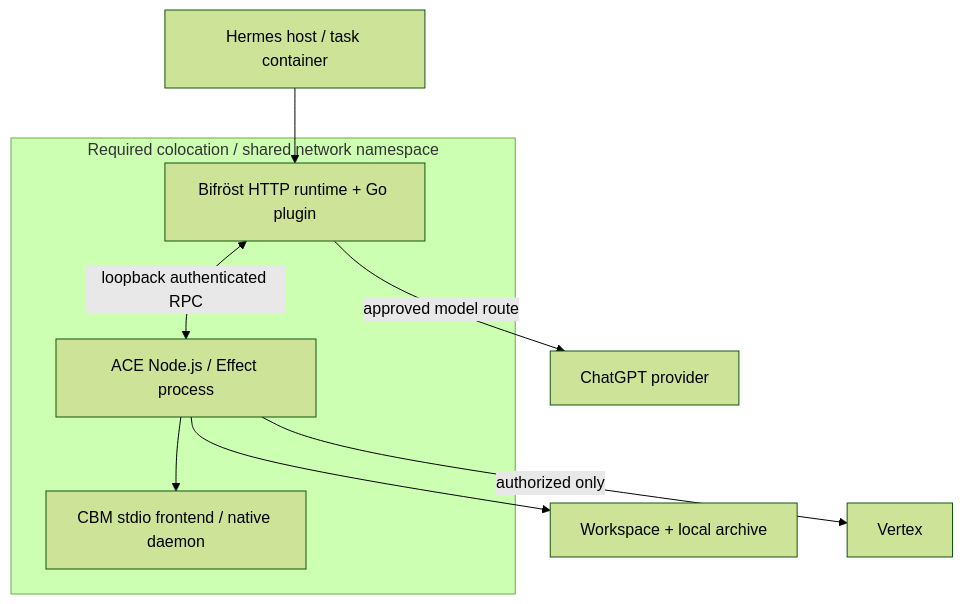
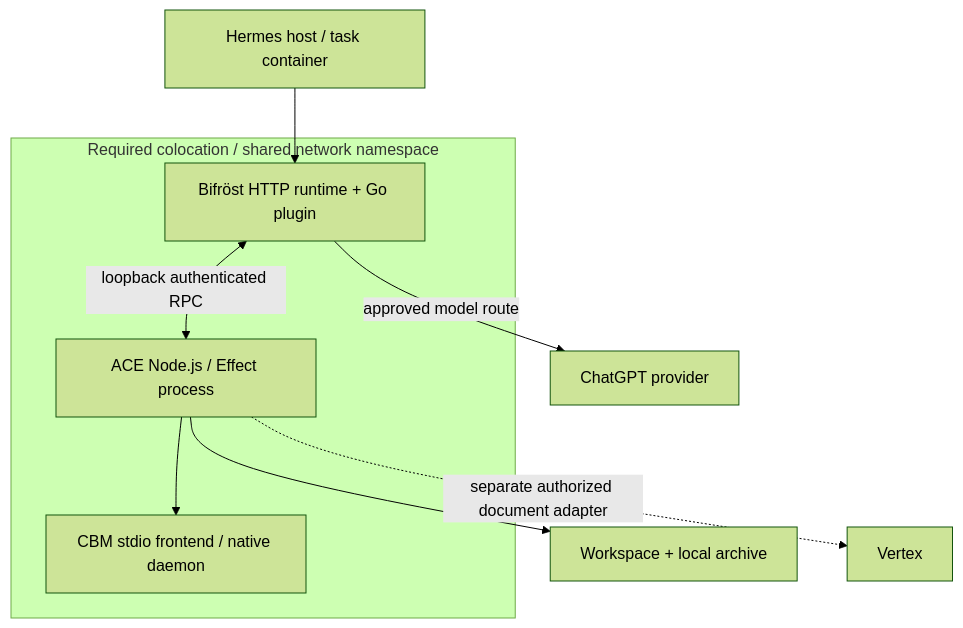
Before and after one commit to chris-madsen/Hybrid-RAG: the diagram in docs/architecture/views/deployment.md, drawn with Mermaid (forest theme). The commit also changed 37 other files, not shown here.

```diff
--- a/docs/architecture/views/deployment.md
+++ b/docs/architecture/views/deployment.md
@@ -9,11 +9,11 @@
 ~~~mermaid
 flowchart TD
     Agent["Hermes host / task container"] --> B["Bifröst HTTP runtime + Go plugin"]
     subgraph Local["Required colocation / shared network namespace"]
         B <-->|"loopback authenticated RPC"| A["ACE Node.js / Effect process"]
         A --> CBM["CBM stdio frontend / native daemon"]
     end
     A --> S["Workspace + local archive"]
-    A -->|"authorized only"| V["Vertex"]
+    A -.->|"separate authorized document adapter"| V["Vertex"]
     B -->|"approved model route"| P["ChatGPT provider"]
 ~~~
```
